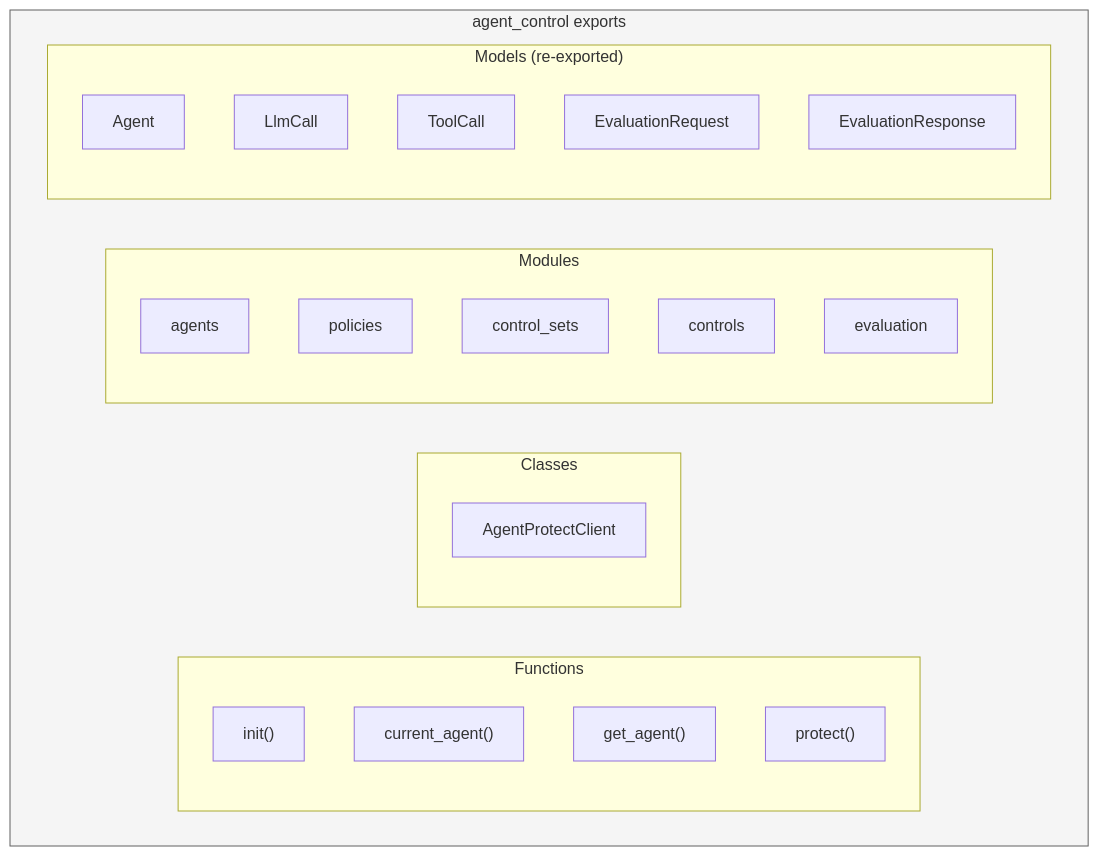
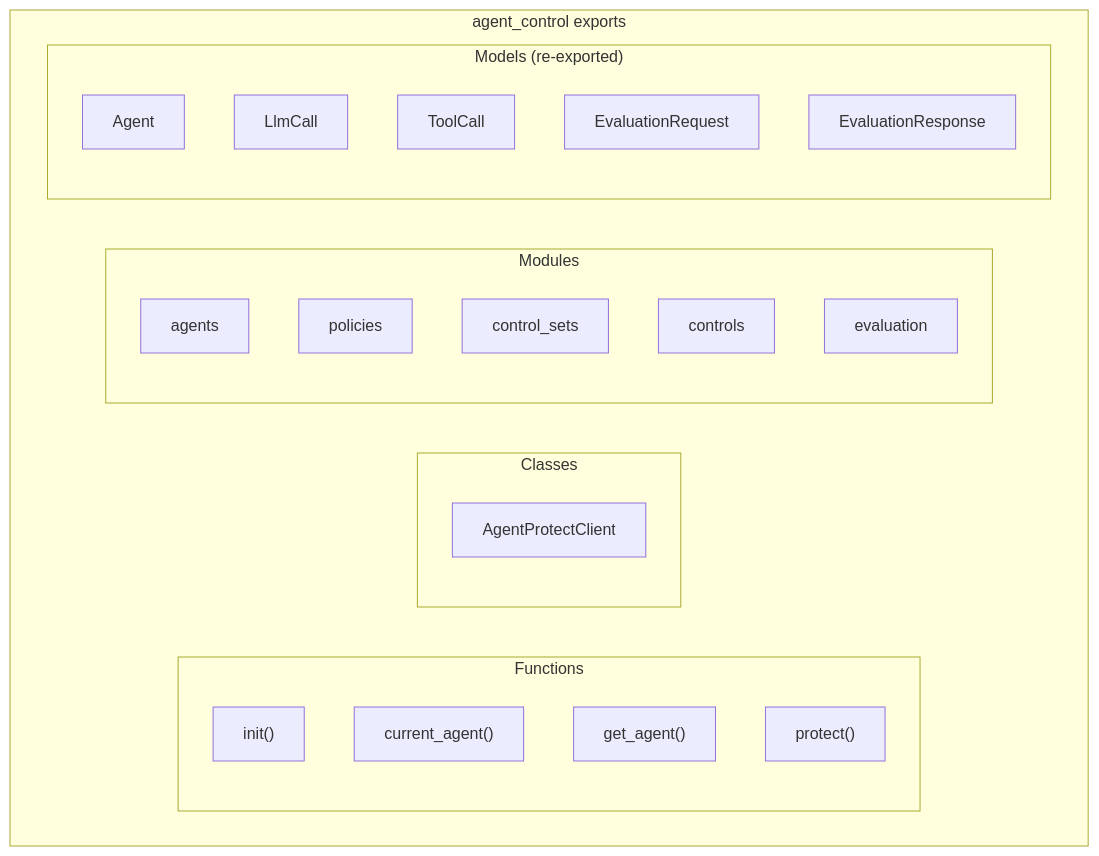
Before and after one commit to agentcontrol/agent-control: the fourth of 10 diagrams in diagrams/10-sdk-architecture.md, drawn with Mermaid. The commit also changed other lines of this file and 9 other files, not shown here.

````diff
--- a/diagrams/10-sdk-architecture.md
+++ b/diagrams/10-sdk-architecture.md
@@ -107,33 +100,31 @@
 ```mermaid
 flowchart TD
     subgraph exports["agent_control exports"]
         subgraph functions["Functions"]
             f1["init()"]
             f2["current_agent()"]
             f3["get_agent()"]
             f4["protect()"]
         end
         
         subgraph classes["Classes"]
             c1["AgentProtectClient"]
         end
         
         subgraph modules_exp["Modules"]
             m1["agents"]
             m2["policies"]
             m3["control_sets"]
             m4["controls"]
             m5["evaluation"]
         end
         
         subgraph models_exp["Models (re-exported)"]
             mo1["Agent"]
             mo2["LlmCall"]
             mo3["ToolCall"]
             mo4["EvaluationRequest"]
             mo5["EvaluationResponse"]
         end
     end
-
-    style exports fill:#f5f5f5,stroke:#616161
 ```
````
